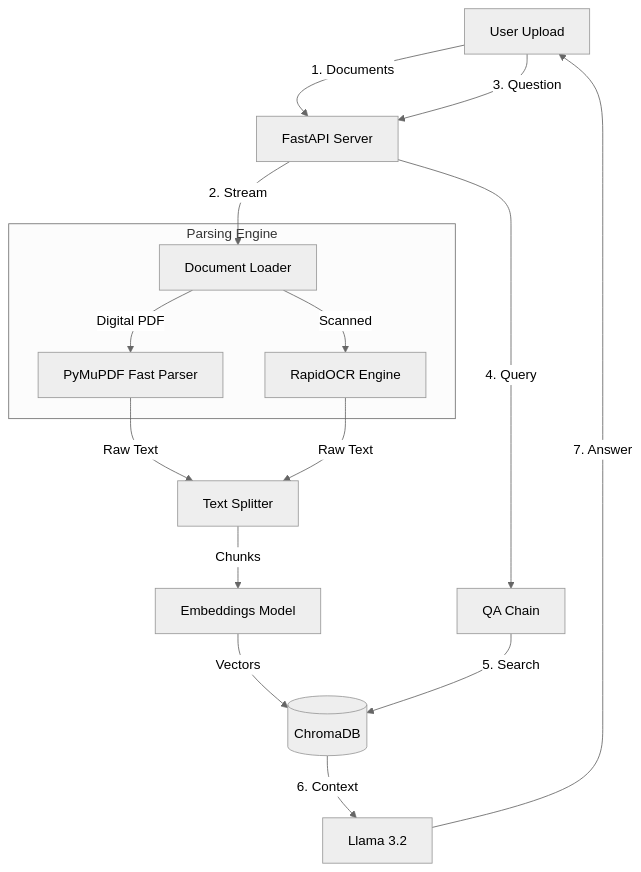
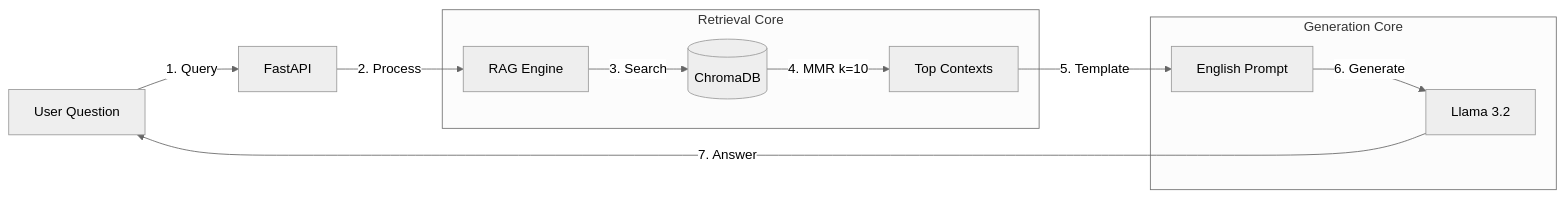
One commit to Enmo7/ChatBot_with_Rag_System changed the second of 2 diagrams in README.md. Above: the diagram before and after it, drawn with Mermaid (neutral theme). The commit also changed other lines of this file and 4 other files, not shown here.

````diff
--- a/README.md
+++ b/README.md
@@ -20,23 +53,17 @@
 ```mermaid
-graph TD
-    %% Ingestion Pipeline
-    User[User Upload] -->|1. Documents| API[FastAPI Server]
-    API -->|2. Stream| Loader[Document Loader]
+graph LR
+    User[User Question] -->|1. Query| API[FastAPI]
+    API -->|2. Process| RAG[RAG Engine]
     
-    subgraph Parsing[Parsing Engine]
-        Loader -->|Digital PDF| PyMuPDF[PyMuPDF Fast Parser]
-        Loader -->|Scanned| OCR[RapidOCR Engine]
+    subgraph Retrieval[Retrieval Core]
+        RAG -->|3. Search| DB[(ChromaDB)]
+        DB -->|4. MMR k=10| Context[Top Contexts]
     end
     
-    PyMuPDF -->|Raw Text| Splitter[Text Splitter]
-    OCR -->|Raw Text| Splitter
-    Splitter -->|Chunks| Embed[Embeddings Model]
-    Embed -->|Vectors| DB[(ChromaDB)]
-
-    %% Retrieval Pipeline
-    User -->|3. Question| API
-    API -->|4. Query| Chain[QA Chain]
-    Chain -->|5. Search| DB
-    DB -->|6. Context| LLM[Llama 3.2]
+    subgraph Generation[Generation Core]
+        Context -->|5. Template| Prompt[English Prompt]
+        Prompt -->|6. Generate| LLM[Llama 3.2]
+    end
+    
     LLM -->|7. Answer| User
 ```
````
